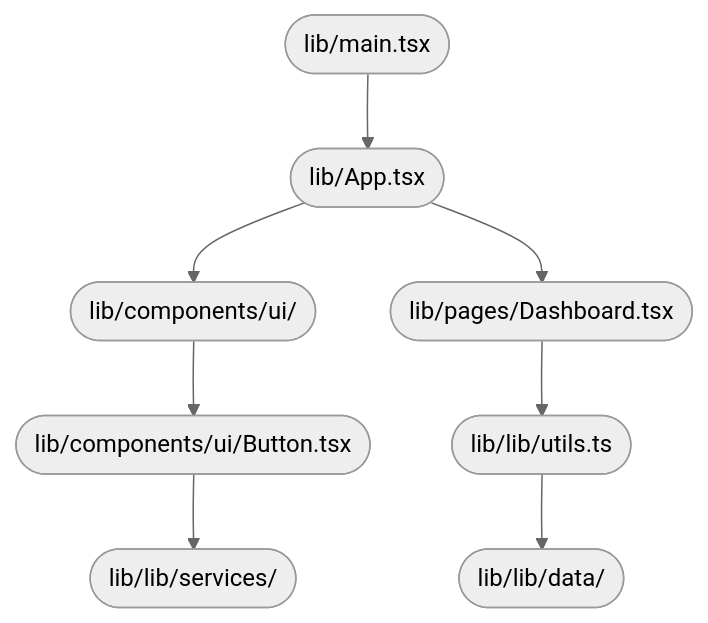
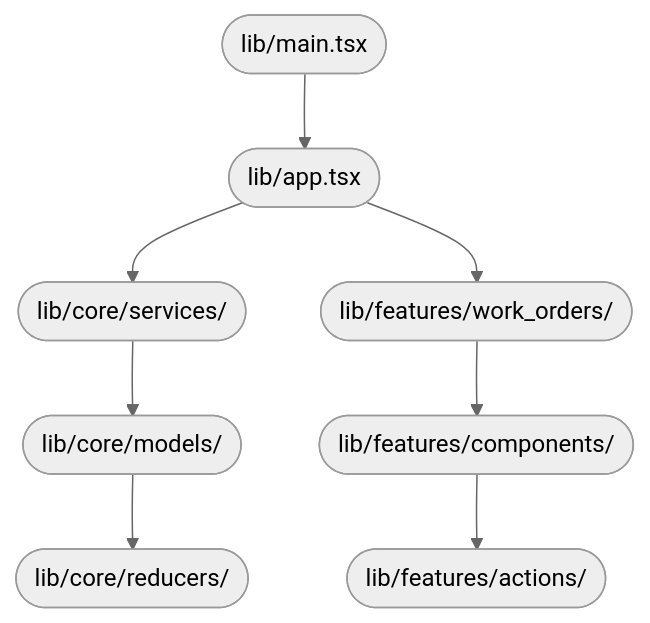
Before and after one commit to jahnavi783/tasty-web-portal: the diagram in DOCUMENTATION.md, drawn with Mermaid (neutral theme). The commit also changed other lines of this file, not shown here.

````diff
--- a/DOCUMENTATION.md
+++ b/DOCUMENTATION.md
@@ -38,10 +37,10 @@
 ```mermaid
 flowchart TD
-A([lib/main.tsx]) --> B([lib/App.tsx])
-B --> C([lib/components/ui/])
-B --> D([lib/pages/Dashboard.tsx])
-C --> E([lib/components/ui/Button.tsx])
-D --> F([lib/lib/utils.ts])
-E --> G([lib/lib/services/])
-F --> H([lib/lib/data/])
+A([lib/main.tsx]) --> B([lib/app.tsx])
+B --> C([lib/core/services/])
+B --> D([lib/features/work_orders/])
+C --> E([lib/core/models/])
+D --> F([lib/features/components/])
+E --> G([lib/core/reducers/])
+F --> H([lib/features/actions/])
 ```
````
